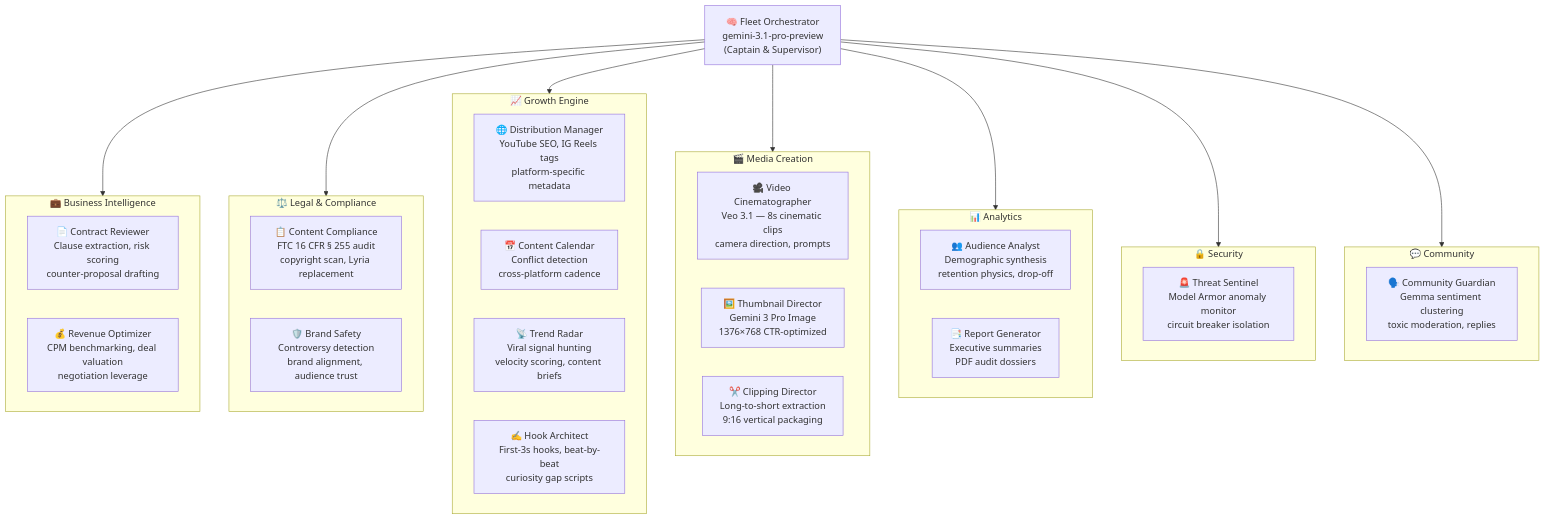
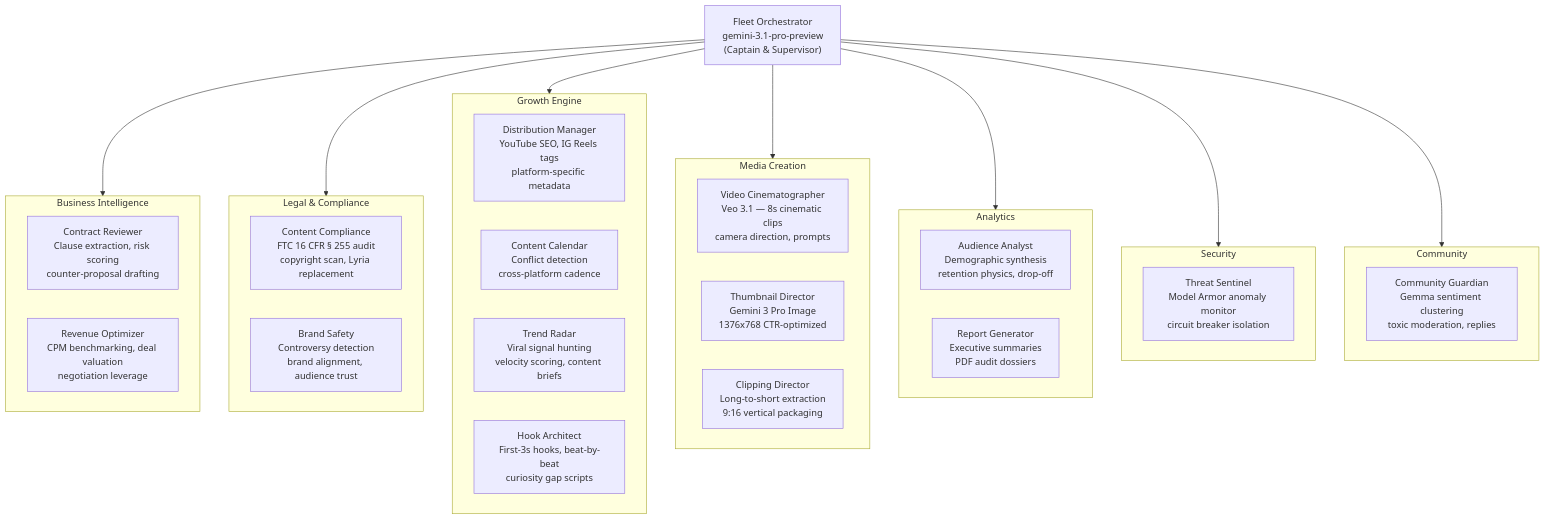
One commit to z-lovejeet/Crewmate changed the fourth of 6 diagrams in README.md. Above: the diagram before and after it, drawn with Mermaid. The commit also changed other lines of this file and 2 other files, not shown here.

````diff
--- a/README.md
+++ b/README.md
@@ -220,42 +250,42 @@
 ```mermaid
 flowchart TD
-    CAPTAIN["🧠 Fleet Orchestrator\ngemini-3.1-pro-preview\n(Captain & Supervisor)"]
+    CAPTAIN["Fleet Orchestrator\ngemini-3.1-pro-preview\n(Captain & Supervisor)"]
 
-    subgraph BIZ["💼 Business Intelligence"]
-        CR["📄 Contract Reviewer\nClause extraction, risk scoring\ncounter-proposal drafting"]
-        RO["💰 Revenue Optimizer\nCPM benchmarking, deal valuation\nnegotiation leverage"]
+    subgraph BIZ["Business Intelligence"]
+        CR["Contract Reviewer\nClause extraction, risk scoring\ncounter-proposal drafting"]
+        RO["Revenue Optimizer\nCPM benchmarking, deal valuation\nnegotiation leverage"]
     end
 
-    subgraph LEGAL["⚖️ Legal & Compliance"]
-        CC["📋 Content Compliance\nFTC 16 CFR § 255 audit\ncopyright scan, Lyria replacement"]
-        BS["🛡️ Brand Safety\nControversy detection\nbrand alignment, audience trust"]
+    subgraph LEGAL["Legal & Compliance"]
+        CC["Content Compliance\nFTC 16 CFR § 255 audit\ncopyright scan, Lyria replacement"]
+        BS["Brand Safety\nControversy detection\nbrand alignment, audience trust"]
     end
 
-    subgraph GROWTH["📈 Growth Engine"]
-        DM["🌐 Distribution Manager\nYouTube SEO, IG Reels tags\nplatform-specific metadata"]
-        CAL["📅 Content Calendar\nConflict detection\ncross-platform cadence"]
-        TR["📡 Trend Radar\nViral signal hunting\nvelocity scoring, content briefs"]
-        HA["✍️ Hook Architect\nFirst-3s hooks, beat-by-beat\ncuriosity gap scripts"]
+    subgraph GROWTH["Growth Engine"]
+        DM["Distribution Manager\nYouTube SEO, IG Reels tags\nplatform-specific metadata"]
+        CAL["Content Calendar\nConflict detection\ncross-platform cadence"]
+        TR["Trend Radar\nViral signal hunting\nvelocity scoring, content briefs"]
+        HA["Hook Architect\nFirst-3s hooks, beat-by-beat\ncuriosity gap scripts"]
     end
 
-    subgraph CREATE["🎬 Media Creation"]
-        VC["🎥 Video Cinematographer\nVeo 3.1 — 8s cinematic clips\ncamera direction, prompts"]
-        TD["🖼️ Thumbnail Director\nGemini 3 Pro Image\n1376×768 CTR-optimized"]
-        CD["✂️ Clipping Director\nLong-to-short extraction\n9:16 vertical packaging"]
+    subgraph CREATE["Media Creation"]
+        VC["Video Cinematographer\nVeo 3.1 — 8s cinematic clips\ncamera direction, prompts"]
+        TD["Thumbnail Director\nGemini 3 Pro Image\n1376x768 CTR-optimized"]
+        CD["Clipping Director\nLong-to-short extraction\n9:16 vertical packaging"]
     end
 
-    subgraph ANALYTICS["📊 Analytics"]
-        AA["👥 Audience Analyst\nDemographic synthesis\nretention physics, drop-off"]
-        RG["📑 Report Generator\nExecutive summaries\nPDF audit dossiers"]
+    subgraph ANALYTICS["Analytics"]
+        AA["Audience Analyst\nDemographic synthesis\nretention physics, drop-off"]
+        RG["Report Generator\nExecutive summaries\nPDF audit dossiers"]
     end
 
-    subgraph SEC["🔒 Security"]
-        TS["🚨 Threat Sentinel\nModel Armor anomaly monitor\ncircuit breaker isolation"]
+    subgraph SEC["Security"]
+        TS["Threat Sentinel\nModel Armor anomaly monitor\ncircuit breaker isolation"]
     end
 
-    subgraph COMM["💬 Community"]
-        CG["🗣️ Community Guardian\nGemma sentiment clustering\ntoxic moderation, replies"]
+    subgraph COMM["Community"]
+        CG["Community Guardian\nGemma sentiment clustering\ntoxic moderation, replies"]
     end
 
     CAPTAIN --> BIZ & LEGAL & GROWTH & CREATE & ANALYTICS & SEC & COMM
 ```
````
